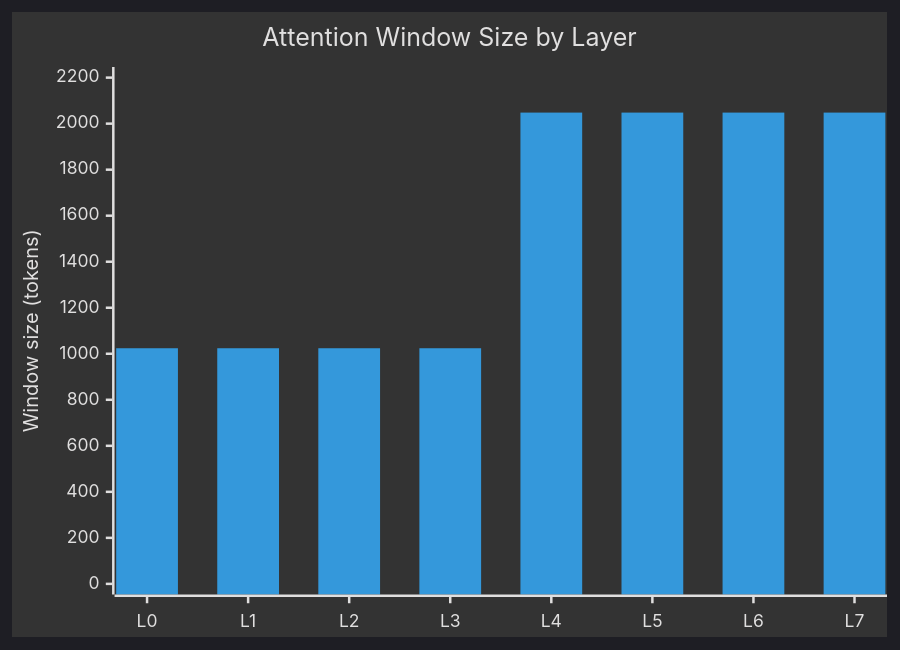
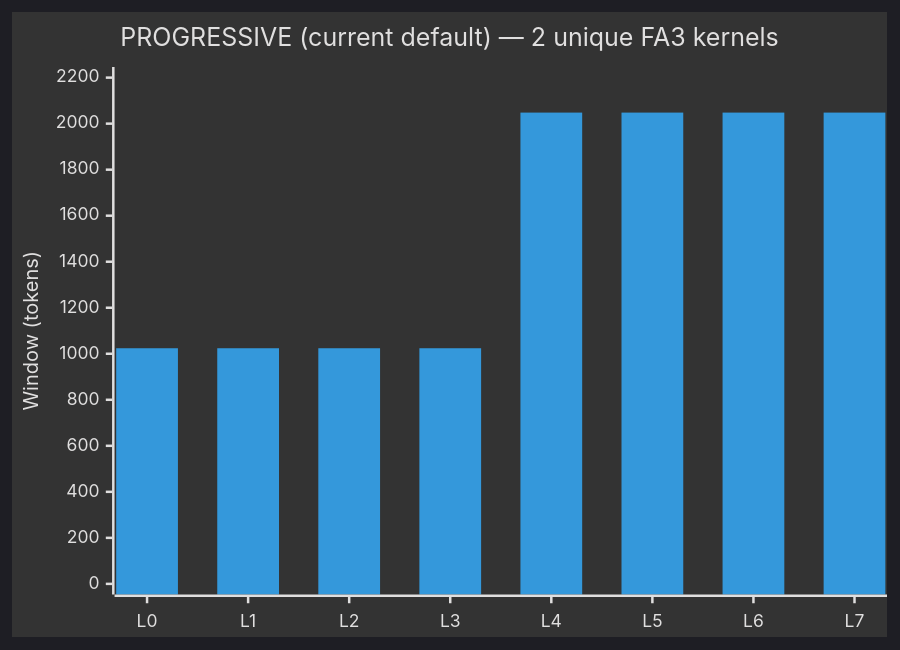
Before and after one commit to Hatajohn/autoresearch: the second of 5 diagrams in architecture.md, drawn with Mermaid. The commit also changed other lines of this file and 1 other file, not shown here.

First line of the commit message:
Add LOG window pattern: geometric ~1.3x scaling per layer

````diff
--- a/architecture.md
+++ b/architecture.md
@@ -160,8 +162,8 @@
 ```mermaid
 %%{init: {'theme': 'dark'}}%%
 xychart-beta
-    title "Attention Window Size by Layer"
+    title "PROGRESSIVE  (current default) — 2 unique FA3 kernels"
     x-axis ["L0", "L1", "L2", "L3", "L4", "L5", "L6", "L7"]
-    y-axis "Window size (tokens)" 0 --> 2200
+    y-axis "Window (tokens)" 0 --> 2200
     bar  [1024, 1024, 1024, 1024, 2048, 2048, 2048, 2048]
 ```
````
